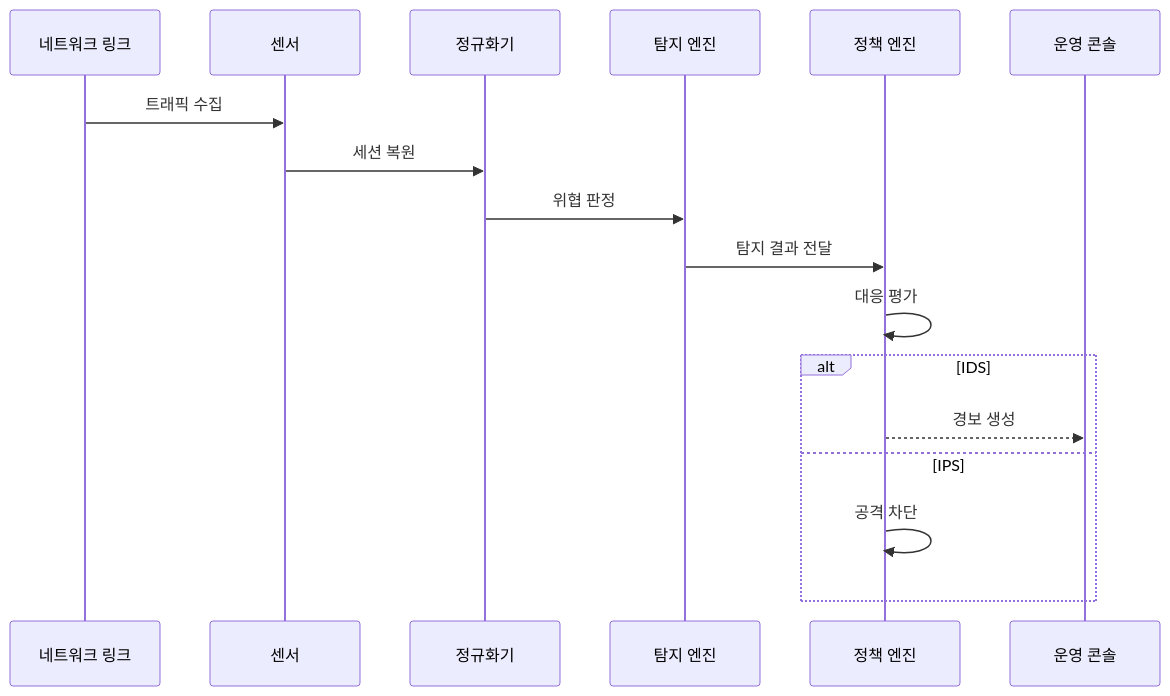
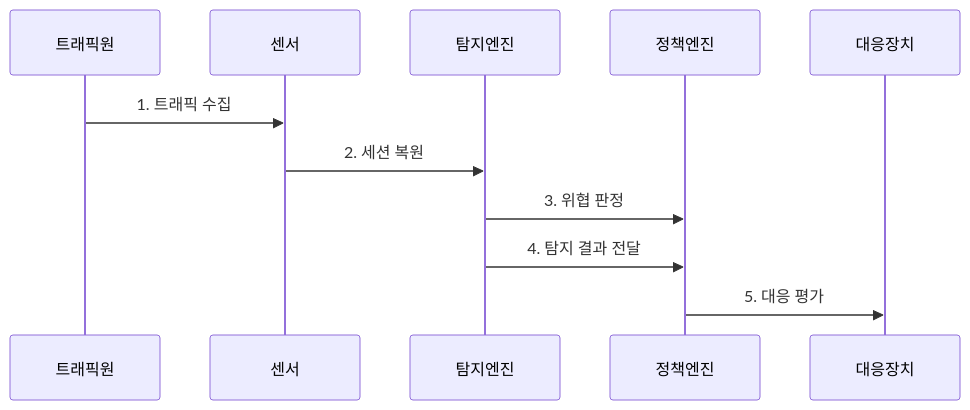
One commit to agnusdei1207/knowledge-base changed the second of 2 diagrams in src/content/docs/notes/04-network/021_ids_ips.md. Above: the diagram before and after it, drawn with Mermaid. The commit also changed other lines of this file and 20 other files, not shown here.

````diff
--- a/src/content/docs/notes/04-network/021_ids_ips.md
+++ b/src/content/docs/notes/04-network/021_ids_ips.md
@@ -84,19 +86,13 @@
 ```mermaid
 sequenceDiagram
-    participant T as 네트워크 링크
-    participant S as 센서
-    participant N as 정규화기
-    participant D as 탐지 엔진
-    participant P as 정책 엔진
-    participant O as 운영 콘솔
-    T->>S: 트래픽 수집
-    S->>N: 세션 복원
-    N->>D: 위협 판정
-    D->>P: 탐지 결과 전달
-    P->>P: 대응 평가
-    alt IDS
-        P-->>O: 경보 생성
-    else IPS
-        P->>P: 공격 차단
-    end
+    participant 트래픽원
+    participant 센서
+    participant 탐지엔진
+    participant 정책엔진
+    participant 대응장치
+    트래픽원->>센서: 1. 트래픽 수집
+    센서->>탐지엔진: 2. 세션 복원
+    탐지엔진->>정책엔진: 3. 위협 판정
+    탐지엔진->>정책엔진: 4. 탐지 결과 전달
+    정책엔진->>대응장치: 5. 대응 평가
 ```
````
